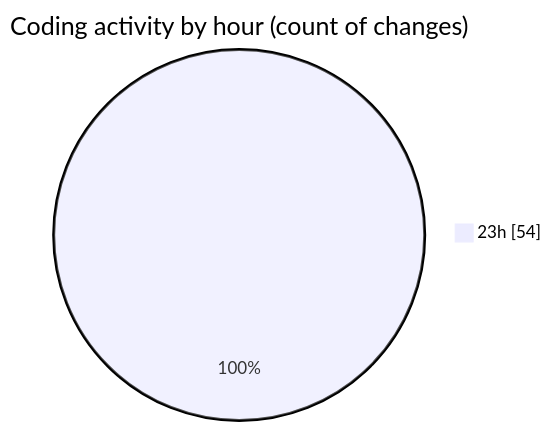
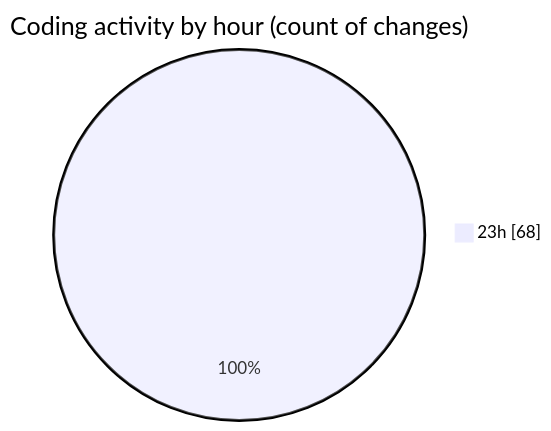
Before and after one commit to Ritupan-Deka/code-tracking: the second of 2 diagrams in 2025-07-27/javascript/README.md, drawn with Mermaid. The commit also changed other lines of this file and 1 other file, not shown here.

````diff
--- a/2025-07-27/javascript/README.md
+++ b/2025-07-27/javascript/README.md
@@ -28,5 +28,5 @@
 ```mermaid
 pie showData
 title Coding activity by hour (count of changes)
-"23h" : 54
+"23h" : 68
 ```
````
